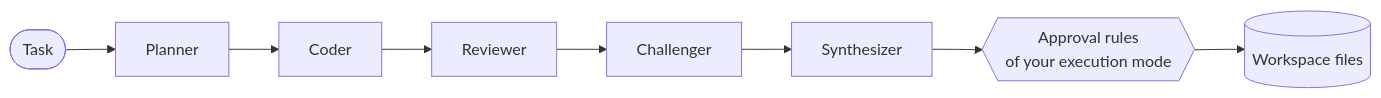
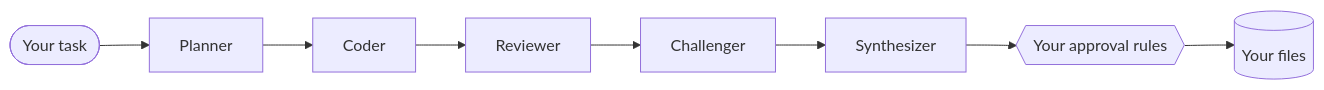
Before and after one commit to Surya-Hariharan/Velune-CLI: the diagram in README.md, drawn with Mermaid. The commit also changed other lines of this file and 10 other files, not shown here.

````diff
--- a/README.md
+++ b/README.md
@@ -247,10 +78,10 @@
 ```mermaid
 flowchart LR
-    T([Task]) --> P[Planner]
+    T([Your task]) --> P[Planner]
     P --> C[Coder]
     C --> R[Reviewer]
     R --> X[Challenger]
     X --> S[Synthesizer]
-    S --> A{{"Approval rules<br/>of your execution mode"}}
-    A --> F[(Workspace files)]
+    S --> A{{"Your approval rules"}}
+    A --> F[(Your files)]
 ```
````
